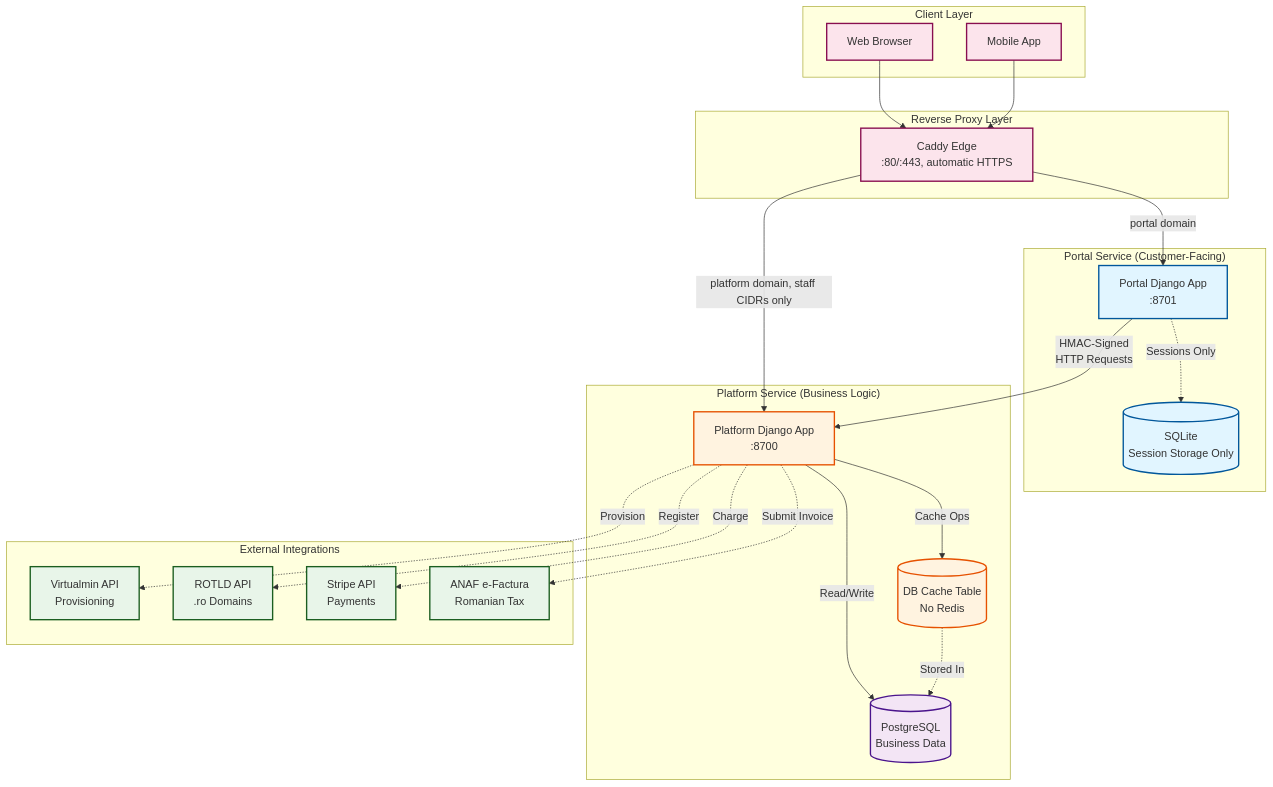
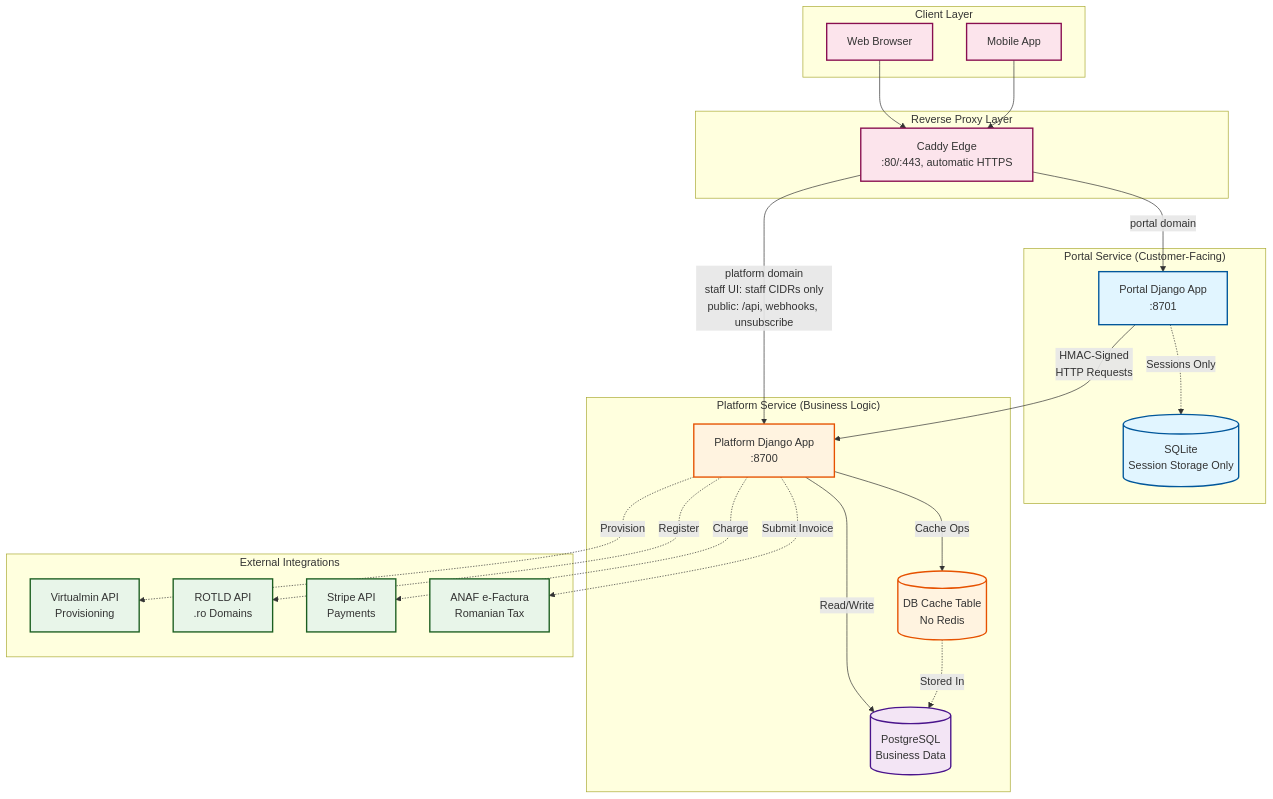
The diagram in docs/architecture/diagrams/system-overview.mmd (captainpragmatic/PRAHO), drawn with Mermaid before and after one commit. The commit also changed 2 other files, not shown here.

Commit message:
docs(architecture): show which platform paths Caddy serves publicly
The table and diagrams said the platform is reachable only from staff
CIDRs. Both Caddy configs route /api/*, the health check, the integration
and notification webhooks, and unsubscribe links to anyone, before the
staff matcher. Only the staff UI, /static/ and /media/ are CIDR-gated.

```diff
--- a/docs/architecture/diagrams/system-overview.mmd
+++ b/docs/architecture/diagrams/system-overview.mmd
@@ -1,59 +1,59 @@
 %% PRAHO Platform Architecture - System Overview
 %% Generated: 2026-02-21
 %% Maintainer: Architecture Team
 
 graph TB
     subgraph "Client Layer"
         WebBrowser[Web Browser]
         MobileApp[Mobile App]
     end
 
     subgraph "Reverse Proxy Layer"
         Caddy[Caddy Edge<br/>:80/:443, automatic HTTPS]
     end
 
     subgraph "Portal Service (Customer-Facing)"
         PortalApp[Portal Django App<br/>:8701]
         PortalSession[(SQLite<br/>Session Storage Only)]
         PortalApp -.->|Sessions Only| PortalSession
     end
 
     subgraph "Platform Service (Business Logic)"
         PlatformApp[Platform Django App<br/>:8700]
         PlatformDB[(PostgreSQL<br/>Business Data)]
         CacheTable[(DB Cache Table<br/>No Redis)]
         PlatformApp -->|Read/Write| PlatformDB
         PlatformApp -->|Cache Ops| CacheTable
         CacheTable -.->|Stored In| PlatformDB
     end
 
     subgraph "External Integrations"
         Virtualmin[Virtualmin API<br/>Provisioning]
         ROTLD[ROTLD API<br/>.ro Domains]
         Stripe[Stripe API<br/>Payments]
         ANAF[ANAF e-Factura<br/>Romanian Tax]
     end
 
     WebBrowser --> Caddy
     MobileApp --> Caddy
     Caddy -->|portal domain| PortalApp
-    Caddy -->|platform domain, staff CIDRs only| PlatformApp
+    Caddy -->|platform domain<br/>staff UI: staff CIDRs only<br/>public: /api, webhooks, unsubscribe| PlatformApp
 
     PortalApp -->|HMAC-Signed<br/>HTTP Requests| PlatformApp
 
     PlatformApp -.->|Provision| Virtualmin
     PlatformApp -.->|Register| ROTLD
     PlatformApp -.->|Charge| Stripe
     PlatformApp -.->|Submit Invoice| ANAF
 
     classDef portal fill:#e1f5ff,stroke:#01579b,stroke-width:2px
     classDef platform fill:#fff3e0,stroke:#e65100,stroke-width:2px
     classDef db fill:#f3e5f5,stroke:#4a148c,stroke-width:2px
     classDef external fill:#e8f5e9,stroke:#1b5e20,stroke-width:2px
     classDef client fill:#fce4ec,stroke:#880e4f,stroke-width:2px
 
     class PortalApp,PortalSession portal
     class PlatformApp,CacheTable platform
     class PlatformDB db
     class Virtualmin,ROTLD,Stripe,ANAF external
     class WebBrowser,MobileApp,Caddy client
```
